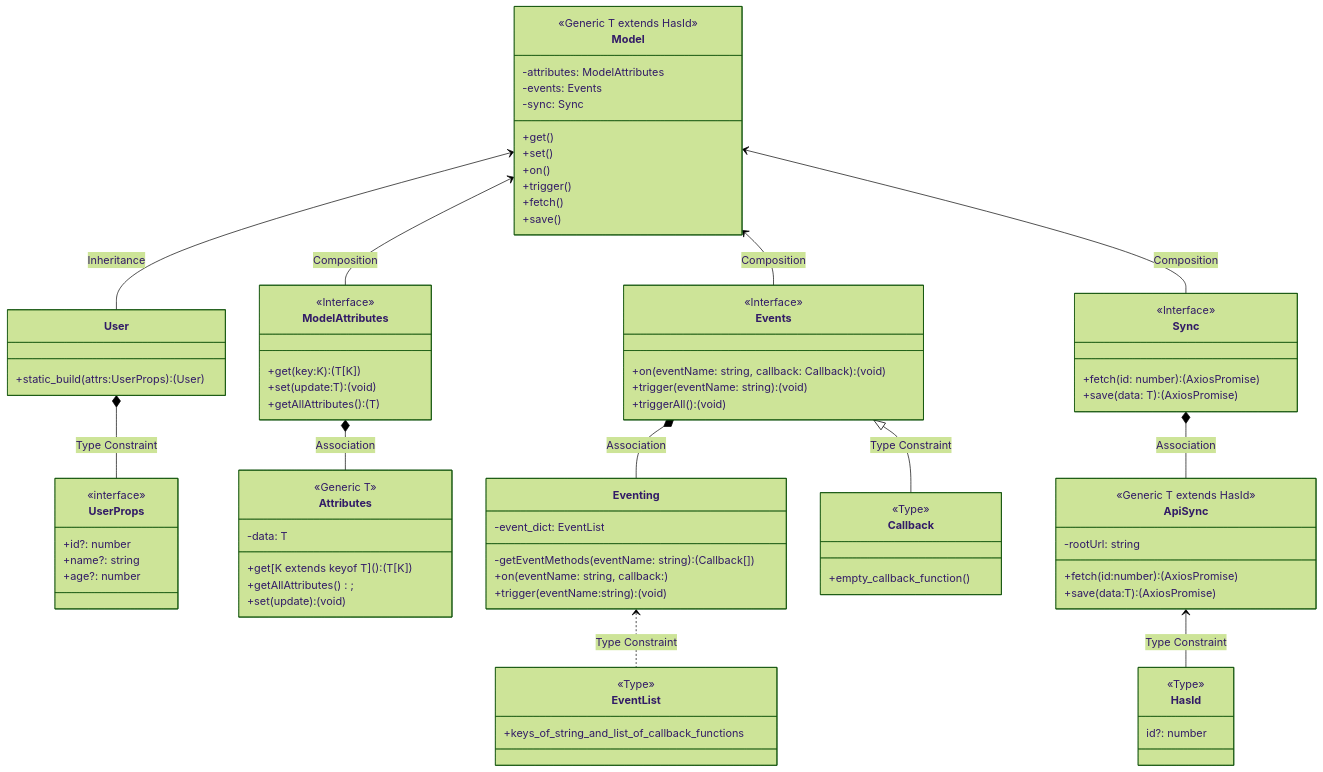
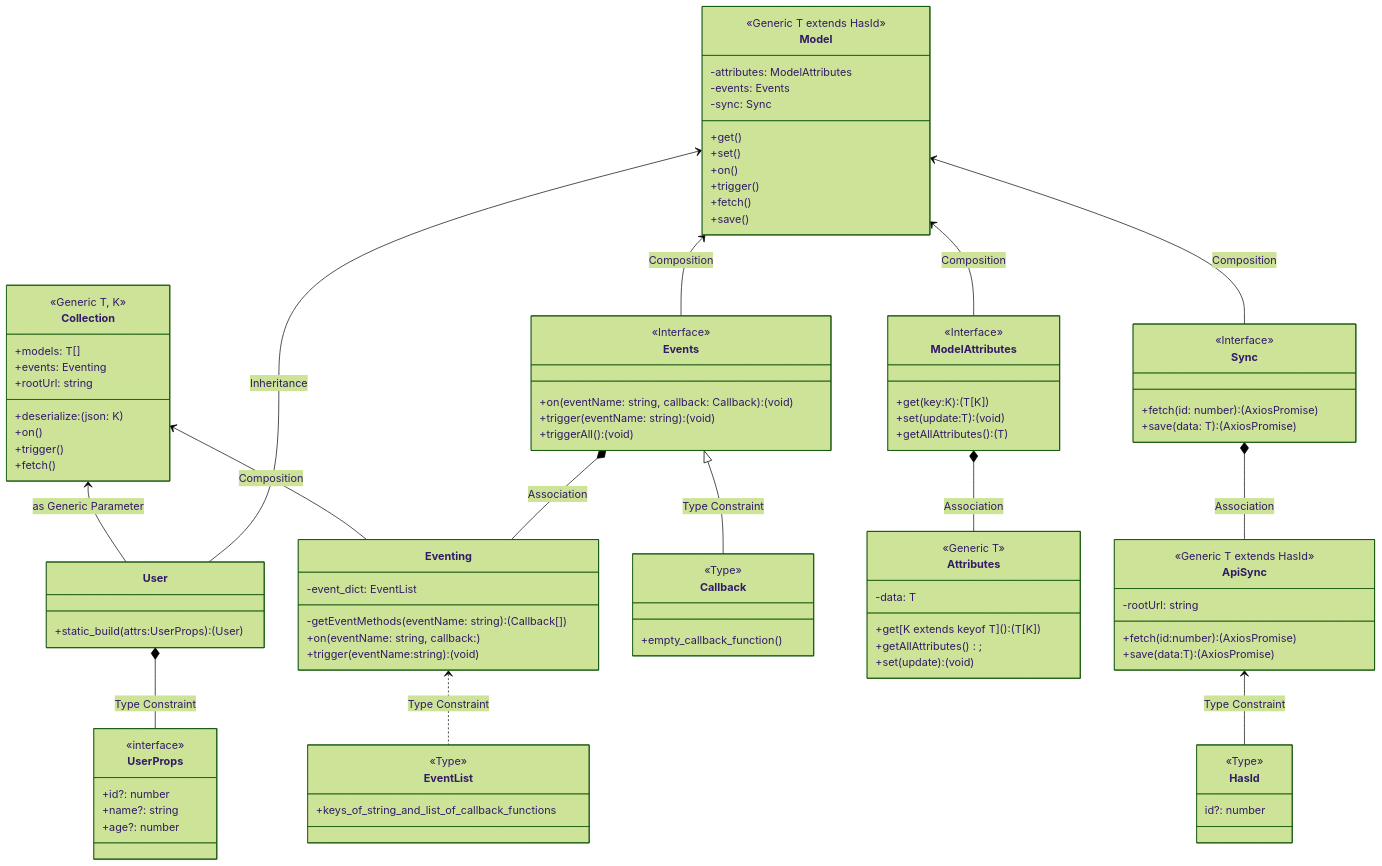
Before and after one commit to frzhen/typescript-web-framework: the third of 3 diagrams in README.md, drawn with Mermaid (forest theme). The commit also changed other lines of this file, not shown here.

````diff
--- a/README.md
+++ b/README.md
@@ -159,5 +157,17 @@
 ```mermaid
    classDiagram
+   class Collection{
+   <<Generic T, K>>
+   +models: T[]
+   +events: Eventing
+   +rootUrl: string
+   +deserialize: (json: K)
+   +on()
+   +trigger()
+   +fetch()
+   }
+   Collection <-- Eventing: Composition
+   Collection <-- User: as Generic Parameter
    class User {
    +static_build(attrs:UserProps): (User)
    }
````
